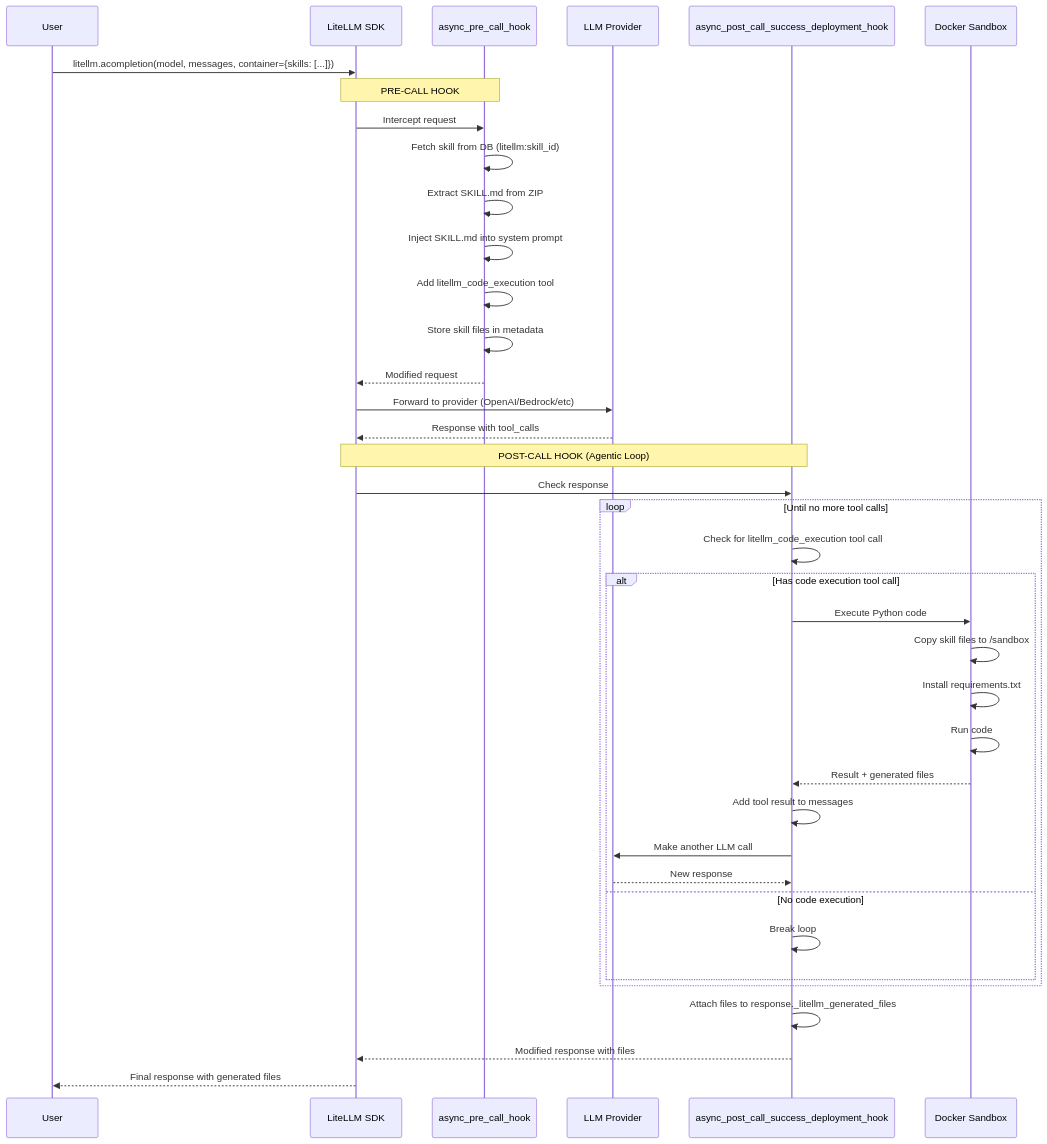
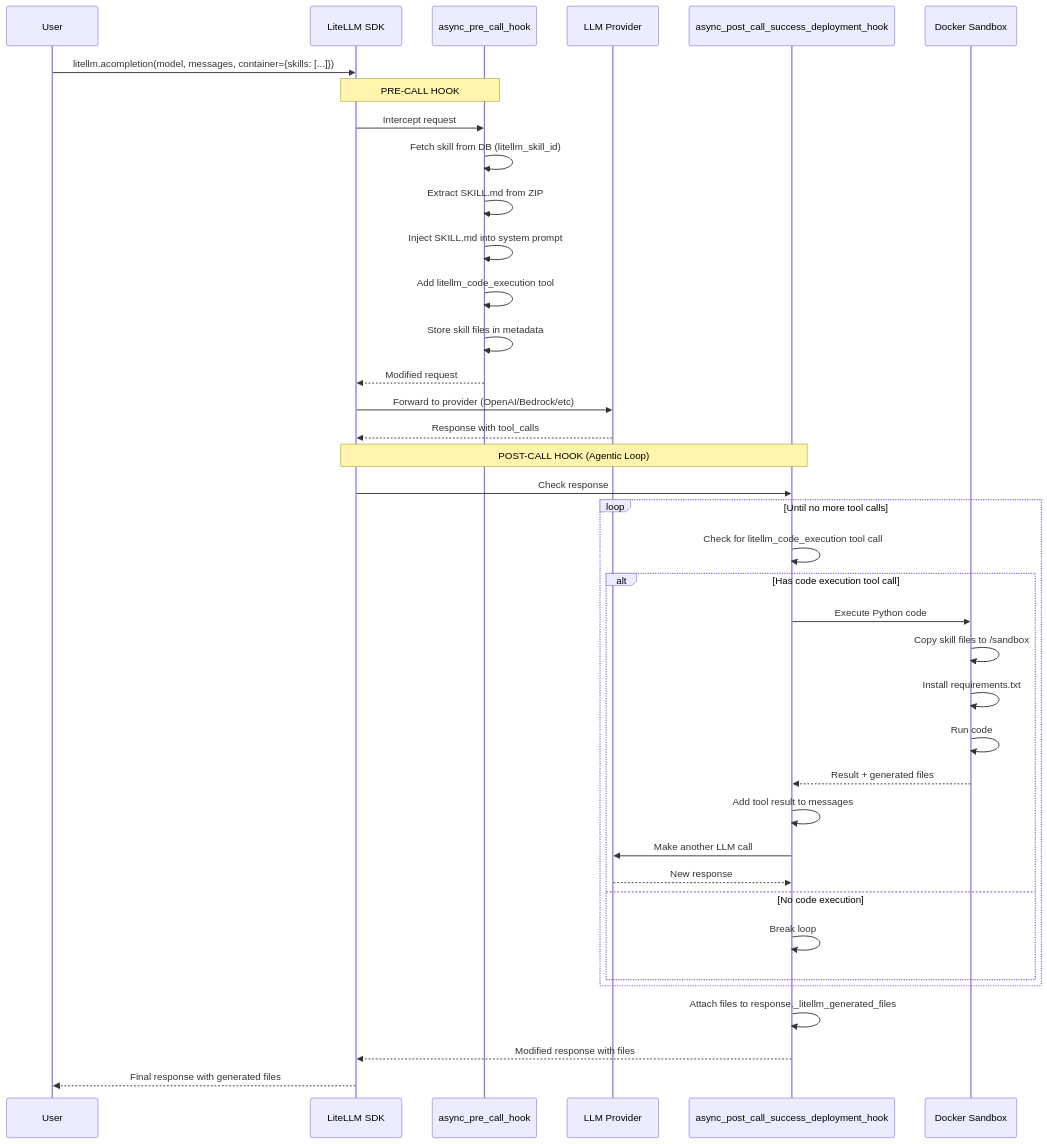
The second of 2 diagrams in llm_tools___utilities/llm_routing___gateway/litellm/litellm/llms/litellm_proxy/skills/README.md (HIDORAKAI002/ai-workspace-archive), drawn with Mermaid before and after one commit. The commit also changed other lines of this file and 90 other files, not shown here.

````diff
--- a/llm_tools___utilities/llm_routing___gateway/litellm/litellm/llms/litellm_proxy/skills/README.md
+++ b/llm_tools___utilities/llm_routing___gateway/litellm/litellm/llms/litellm_proxy/skills/README.md
@@ -47,46 +47,46 @@
 ```mermaid
 sequenceDiagram
     participant User
     participant LiteLLM as LiteLLM SDK
     participant PreHook as async_pre_call_hook
     participant LLM as LLM Provider
     participant PostHook as async_post_call_success_deployment_hook
     participant Sandbox as Docker Sandbox
 
     User->>LiteLLM: litellm.acompletion(model, messages, container={skills: [...]})
     
     Note over LiteLLM,PreHook: PRE-CALL HOOK
     LiteLLM->>PreHook: Intercept request
-    PreHook->>PreHook: Fetch skill from DB (litellm:skill_id)
+    PreHook->>PreHook: Fetch skill from DB (litellm_skill_id)
     PreHook->>PreHook: Extract SKILL.md from ZIP
     PreHook->>PreHook: Inject SKILL.md into system prompt
     PreHook->>PreHook: Add litellm_code_execution tool
     PreHook->>PreHook: Store skill files in metadata
     PreHook-->>LiteLLM: Modified request
     
     LiteLLM->>LLM: Forward to provider (OpenAI/Bedrock/etc)
     LLM-->>LiteLLM: Response with tool_calls
     
     Note over LiteLLM,PostHook: POST-CALL HOOK (Agentic Loop)
     LiteLLM->>PostHook: Check response
     
     loop Until no more tool calls
         PostHook->>PostHook: Check for litellm_code_execution tool call
         alt Has code execution tool call
             PostHook->>Sandbox: Execute Python code
             Sandbox->>Sandbox: Copy skill files to /sandbox
             Sandbox->>Sandbox: Install requirements.txt
             Sandbox->>Sandbox: Run code
             Sandbox-->>PostHook: Result + generated files
             PostHook->>PostHook: Add tool result to messages
             PostHook->>LLM: Make another LLM call
             LLM-->>PostHook: New response
         else No code execution
             PostHook->>PostHook: Break loop
         end
     end
     
     PostHook->>PostHook: Attach files to response._litellm_generated_files
     PostHook-->>LiteLLM: Modified response with files
     LiteLLM-->>User: Final response with generated files
 ```
````
